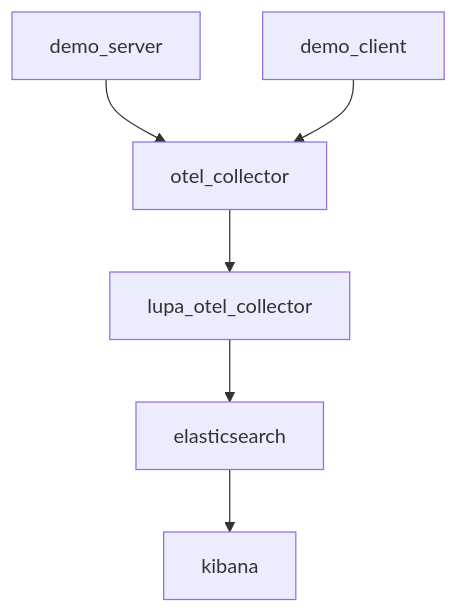
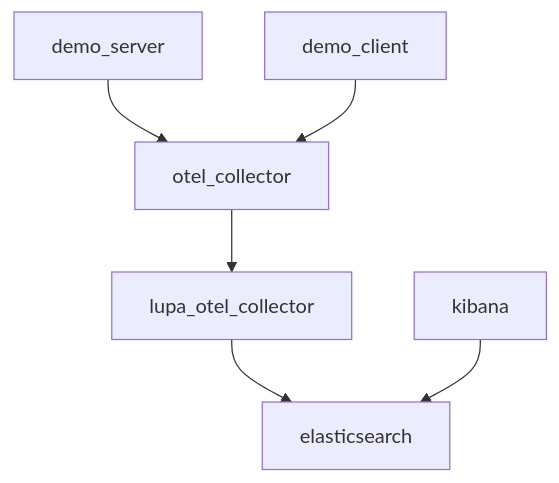
The diagram in demo/README.md (teletrace/teletrace), drawn with Mermaid before and after one commit. The commit also changed other lines of this file, not shown here.

````diff
--- a/demo/README.md
+++ b/demo/README.md
@@ -5,8 +5,8 @@
 ```mermaid
 graph TD;
   demo_server-->otel_collector;
   demo_client-->otel_collector;
   otel_collector-->lupa_otel_collector;
   lupa_otel_collector-->elasticsearch;
-  elasticsearch-->kibana;
+  kibana-->elasticsearch;
 ```
````
